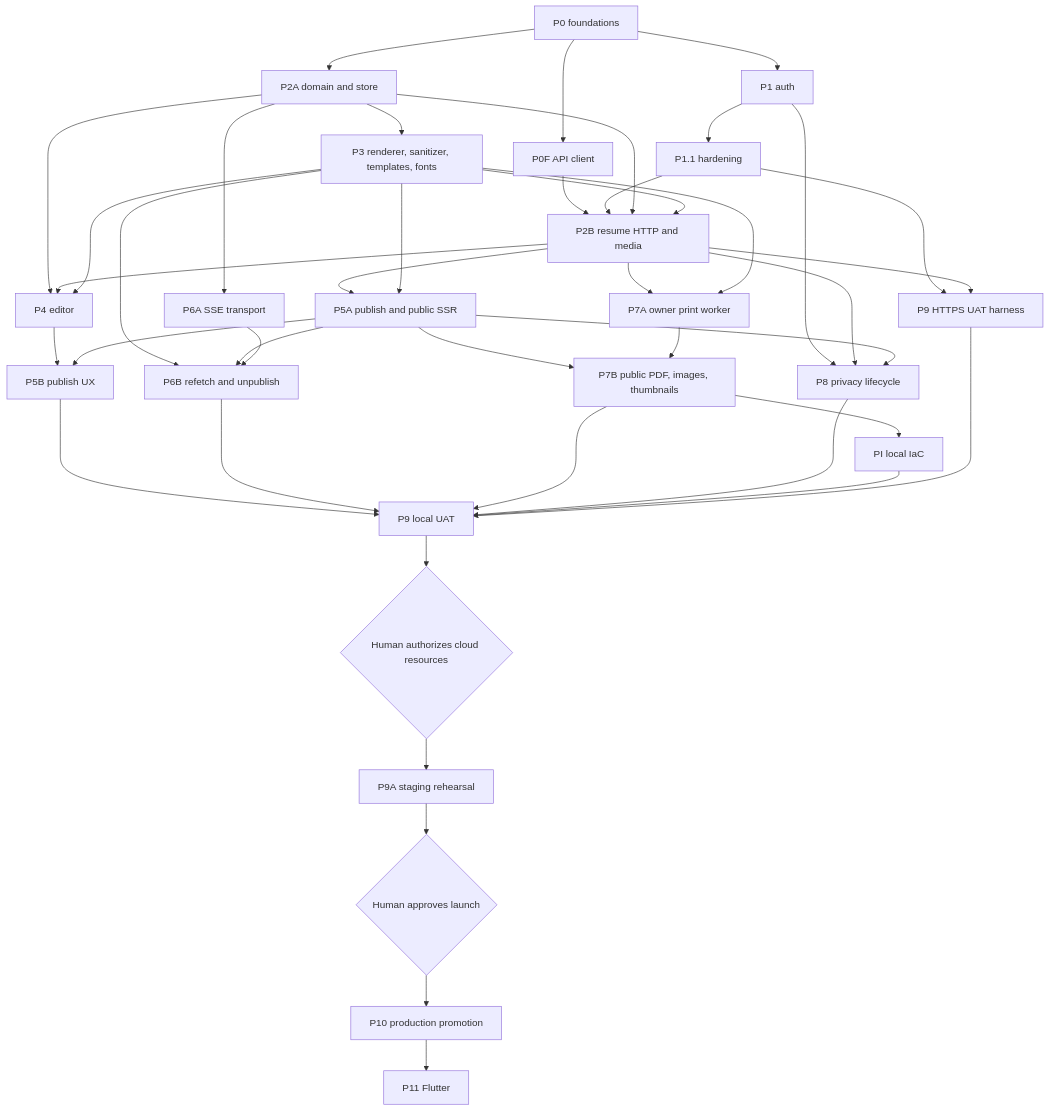
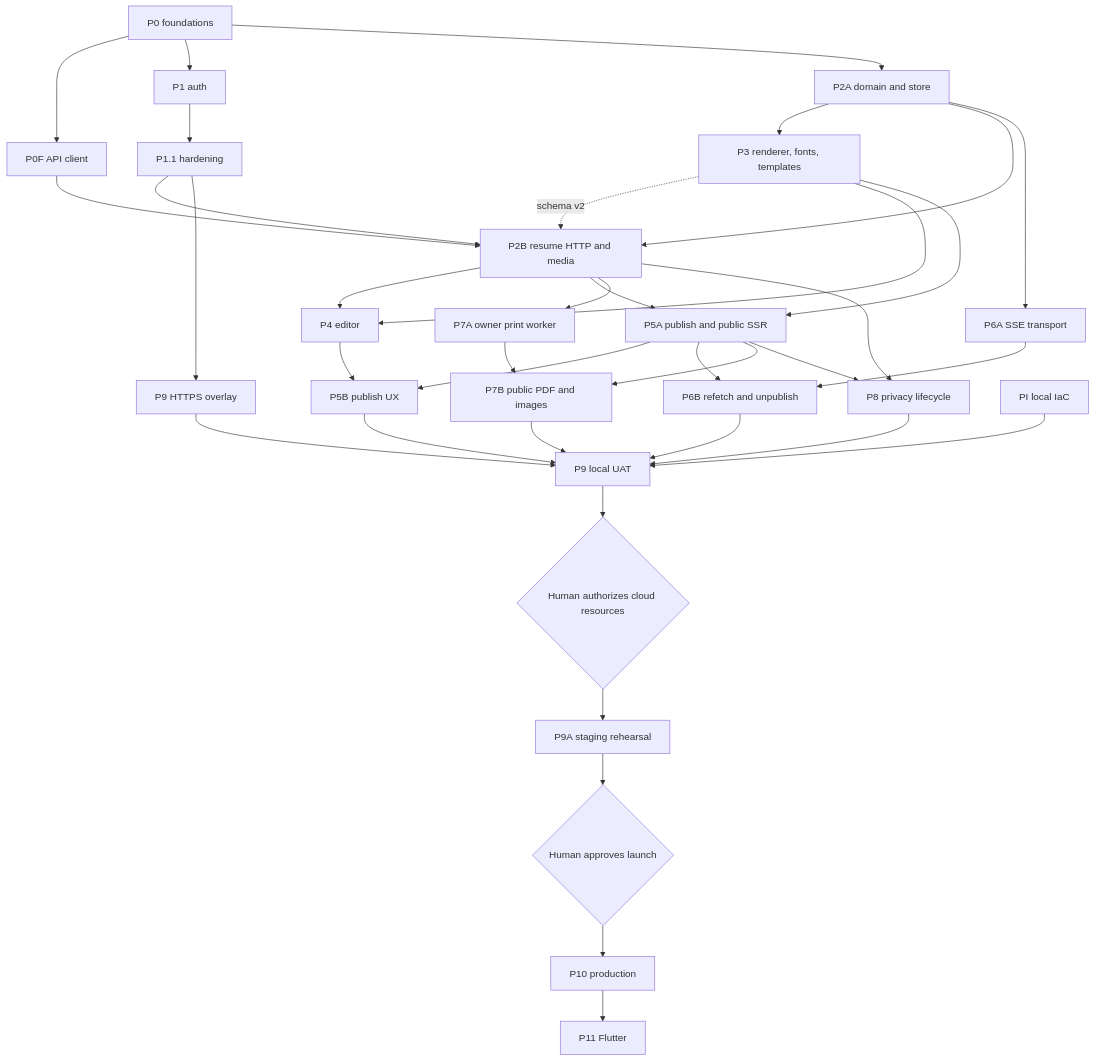
One commit to dannyota/aboutme changed the diagram in docs/plans/implementation-plan.md. Above: the diagram before and after it, drawn with Mermaid. The commit also changed other lines of this file and 45 other files, not shown here.

````diff
--- a/docs/plans/implementation-plan.md
+++ b/docs/plans/implementation-plan.md
@@ -60,44 +68,38 @@
 ```mermaid
 graph TD
     P0[P0 foundations] --> P0F[P0F API client]
     P0 --> P1[P1 auth]
     P1 --> P11[P1.1 hardening]
-    P11 --> P9H[P9 HTTPS UAT harness]
     P0 --> P2A[P2A domain and store]
-    P2A --> P3[P3 renderer, sanitizer, templates, fonts]
-    P0F --> P2B[P2B resume HTTP and media]
+    P2A --> P3[P3 renderer, fonts, templates]
+    P2A --> P2B[P2B resume HTTP and media]
+    P0F --> P2B
     P11 --> P2B
-    P2A --> P2B
-    P3 --> P2B
-    P2B --> P9H
-    P2A --> P4[P4 editor]
-    P2B --> P4
+    P3 -. schema v2 .-> P2B
+    P2B --> P4[P4 editor]
     P3 --> P4
     P2B --> P5A[P5A publish and public SSR]
     P3 --> P5A
     P4 --> P5B[P5B publish UX]
     P5A --> P5B
     P2A --> P6A[P6A SSE transport]
-    P3 --> P6B[P6B refetch and unpublish]
-    P5A --> P6B
+    P5A --> P6B[P6B refetch and unpublish]
     P6A --> P6B
     P2B --> P7A[P7A owner print worker]
-    P3 --> P7A
-    P5A --> P7B[P7B public PDF, images, thumbnails]
+    P5A --> P7B[P7B public PDF and images]
     P7A --> P7B
-    P1 --> P8P[P8 privacy lifecycle]
-    P2B --> P8P
+    P2B --> P8P[P8 privacy lifecycle]
     P5A --> P8P
-    P7B --> PI[PI local IaC]
+    P11 --> P9H[P9 HTTPS overlay]
     P5B --> P9[P9 local UAT]
     P6B --> P9
     P7B --> P9
     P8P --> P9
-    PI --> P9
     P9H --> P9
+    PI[PI local IaC] --> P9
     P9 --> AUTH{Human authorizes cloud resources}
     AUTH --> P9A[P9A staging rehearsal]
     P9A --> LAUNCH{Human approves launch}
-    LAUNCH --> P10[P10 production promotion]
+    LAUNCH --> P10[P10 production]
     P10 --> P11M[P11 Flutter]
 ```
````
